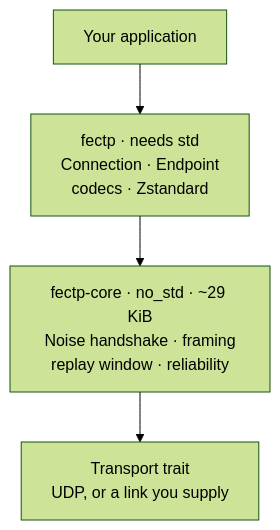
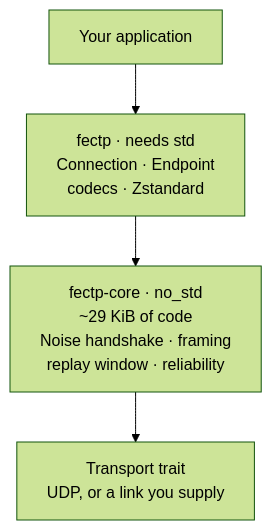
Before and after one commit to YounghyeonPark/fectp: the second of 5 diagrams in README.md, drawn with Mermaid (forest theme). The commit also changed other lines of this file, not shown here.

First line of the commit message:
README: compact the send-path diagram

````diff
--- a/README.md
+++ b/README.md
@@ -77,8 +77,8 @@
 ```mermaid
 flowchart TB
     A["Your application"]
     B["fectp · needs std<br/>Connection · Endpoint<br/>codecs · Zstandard"]
-    C["fectp-core · no_std · ~29 KiB<br/>Noise handshake · framing<br/>replay window · reliability"]
+    C["fectp-core · no_std<br/>~29 KiB of code<br/>Noise handshake · framing<br/>replay window · reliability"]
     D["Transport trait<br/>UDP, or a link you supply"]
     A --> B --> C --> D
 ```
````
